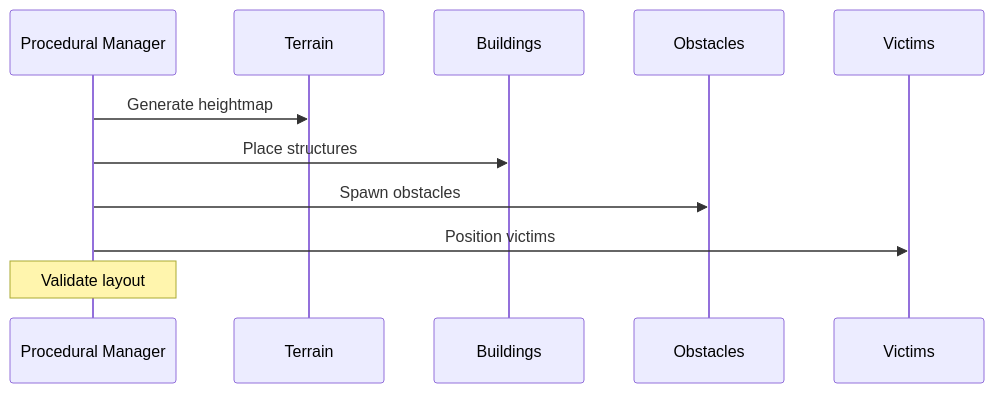
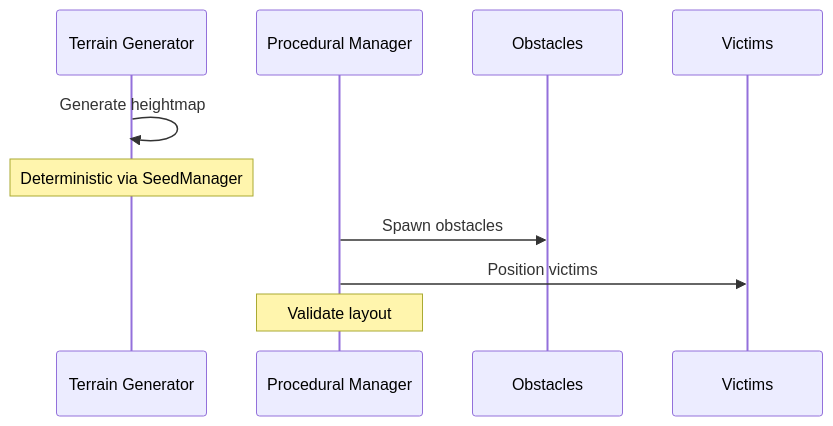
The second of 7 diagrams in Documentation/08_ENVIRONMENT_SYSTEM.md (NihaalGharat/ADRL-Rescue), drawn with Mermaid before and after one commit. The commit also changed other lines of this file and 15 other files, not shown here.

````diff
--- a/Documentation/08_ENVIRONMENT_SYSTEM.md
+++ b/Documentation/08_ENVIRONMENT_SYSTEM.md
@@ -43,14 +170,14 @@
 ```mermaid
 sequenceDiagram
+    participant TG as Terrain Generator
     participant P as Procedural Manager
-    participant T as Terrain
-    participant B as Buildings
     participant O as Obstacles
     participant V as Victims
     
-    P->>T: Generate heightmap
-    P->>B: Place structures
+    TG->>TG: Generate heightmap
+    Note over TG: Deterministic via SeedManager
+    
     P->>O: Spawn obstacles
     P->>V: Position victims
     Note over P: Validate layout
 ```
````
